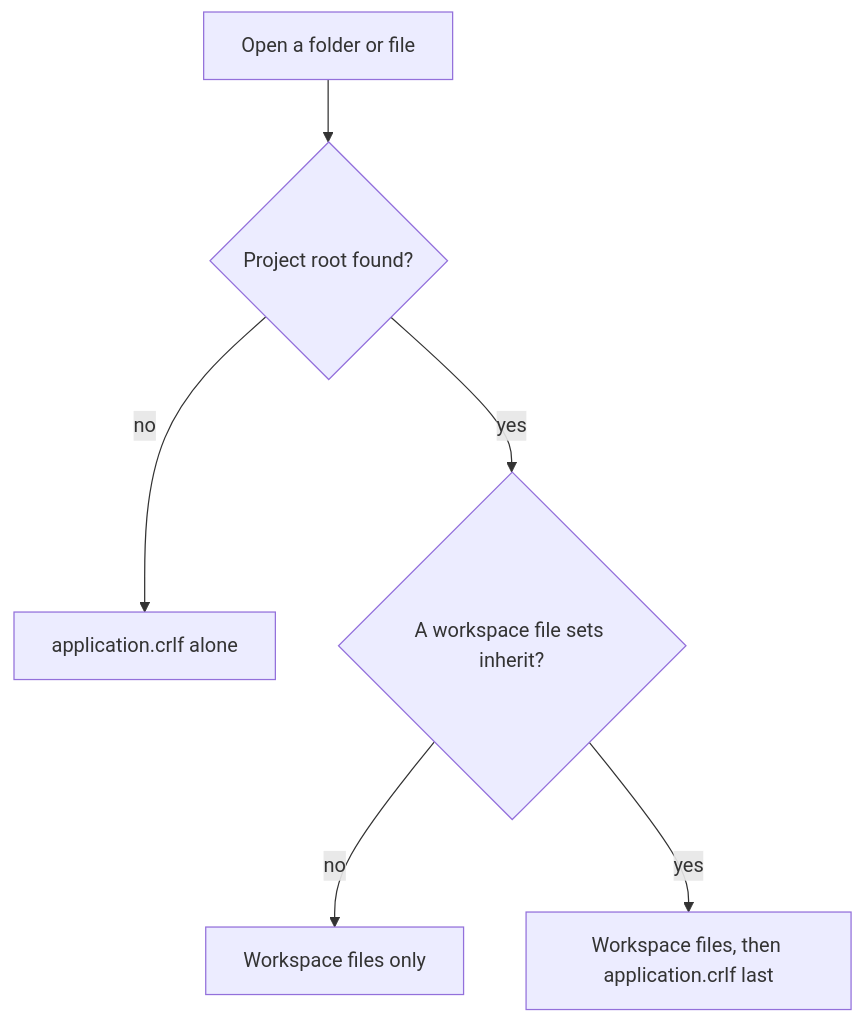
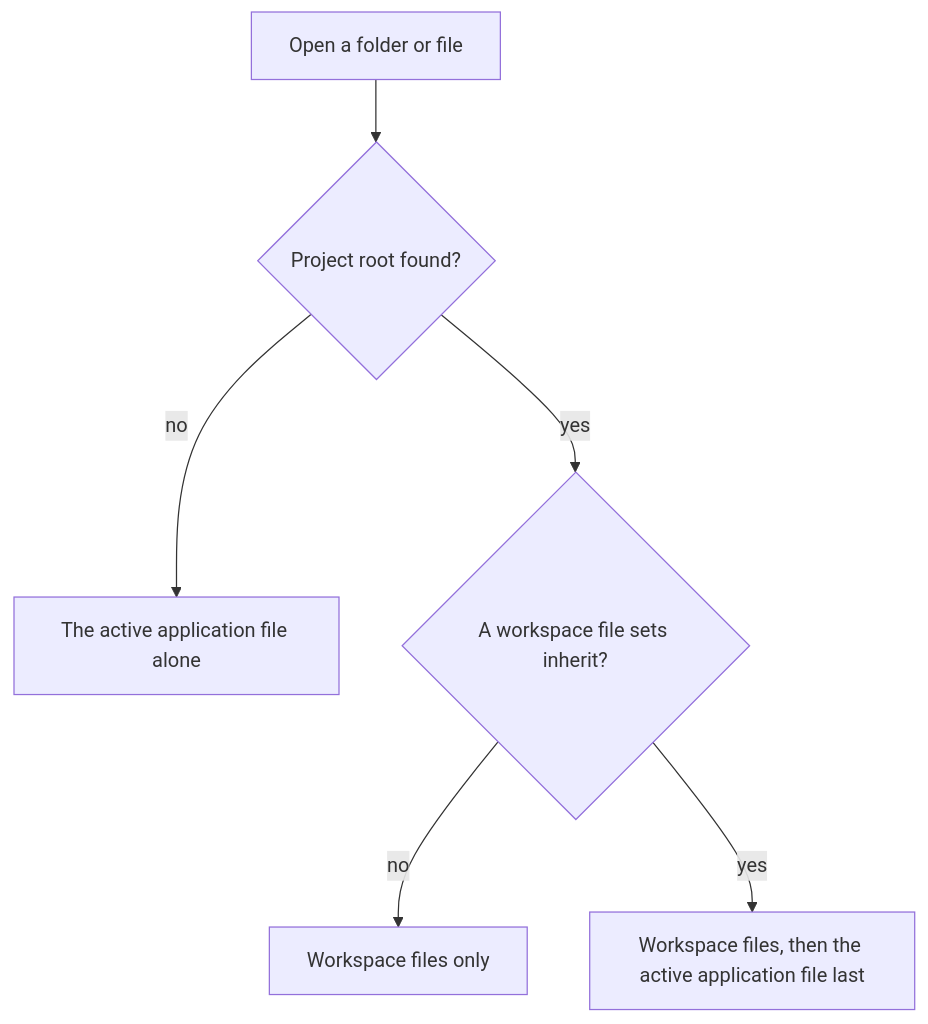
One commit to chrisaliotta/CRLF changed the diagram in docs/crlf.md. Above: the diagram before and after it, drawn with Mermaid. The commit also changed other lines of this file and 32 other files, not shown here.

````diff
--- a/docs/crlf.md
+++ b/docs/crlf.md
@@ -37,8 +40,8 @@
 ```mermaid
 flowchart TD
   start[Open a folder or file] --> found{"Project root found?"}
-  found -->|no| appOnly[application.crlf alone]
+  found -->|no| appOnly[The active application file alone]
   found -->|yes| inherit{"A workspace file sets inherit?"}
   inherit -->|no| wsOnly[Workspace files only]
-  inherit -->|yes| both[Workspace files, then application.crlf last]
+  inherit -->|yes| both[Workspace files, then the active application file last]
 ```
````
